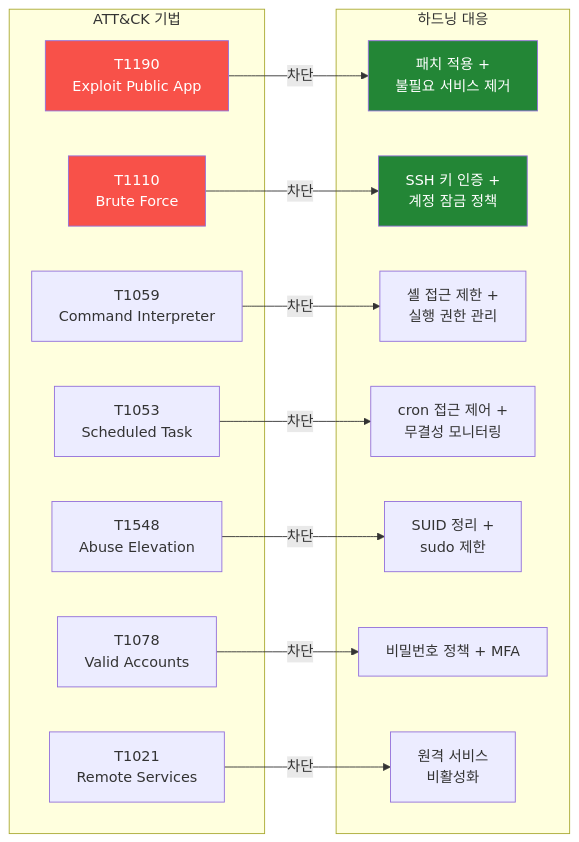
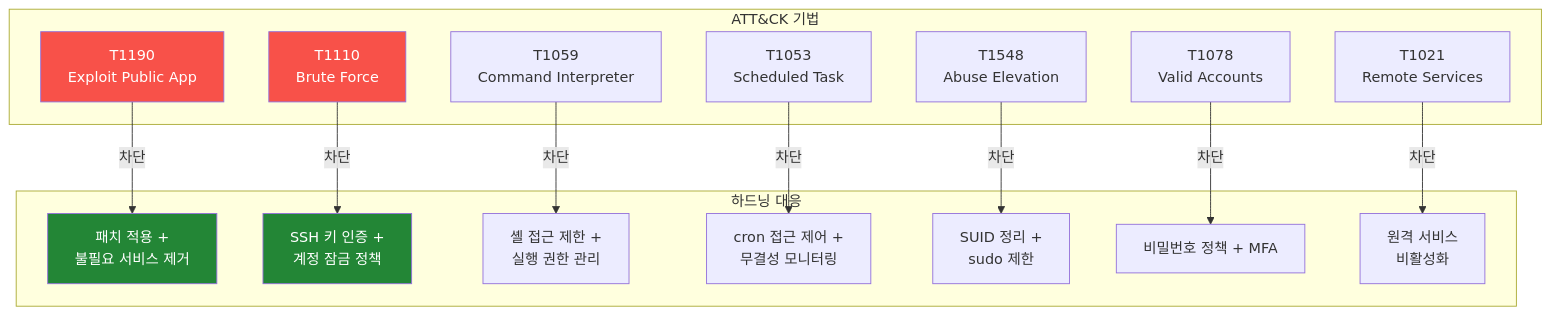
The first of 2 diagrams in contents/education/course11-battle/week10/lecture.md (mrgrit/ccc), drawn with Mermaid before and after one commit. The commit also changed 17 other files, not shown here.

First line of the commit message:
fix(content): mermaid 다이어그램 가로(LR) → 세로(TB) — 18 lecture

````diff
--- a/contents/education/course11-battle/week10/lecture.md
+++ b/contents/education/course11-battle/week10/lecture.md
@@ -40,25 +40,25 @@
 ```mermaid
-graph LR
+graph TB
     subgraph ATT&CK 기법
         T1190[T1190<br/>Exploit Public App]
         T1110[T1110<br/>Brute Force]
         T1059[T1059<br/>Command Interpreter]
         T1053[T1053<br/>Scheduled Task]
         T1548[T1548<br/>Abuse Elevation]
         T1078[T1078<br/>Valid Accounts]
         T1021[T1021<br/>Remote Services]
     end
     subgraph 하드닝 대응
         T1190 -->|차단| H1[패치 적용 +<br/>불필요 서비스 제거]
         T1110 -->|차단| H2[SSH 키 인증 +<br/>계정 잠금 정책]
         T1059 -->|차단| H3[셸 접근 제한 +<br/>실행 권한 관리]
         T1053 -->|차단| H4[cron 접근 제어 +<br/>무결성 모니터링]
         T1548 -->|차단| H5[SUID 정리 +<br/>sudo 제한]
         T1078 -->|차단| H6[비밀번호 정책 + MFA]
         T1021 -->|차단| H7[원격 서비스<br/>비활성화]
     end
     style T1190 fill:#f85149,color:#fff
     style T1110 fill:#f85149,color:#fff
     style H1 fill:#238636,color:#fff
     style H2 fill:#238636,color:#fff
 ```
````
